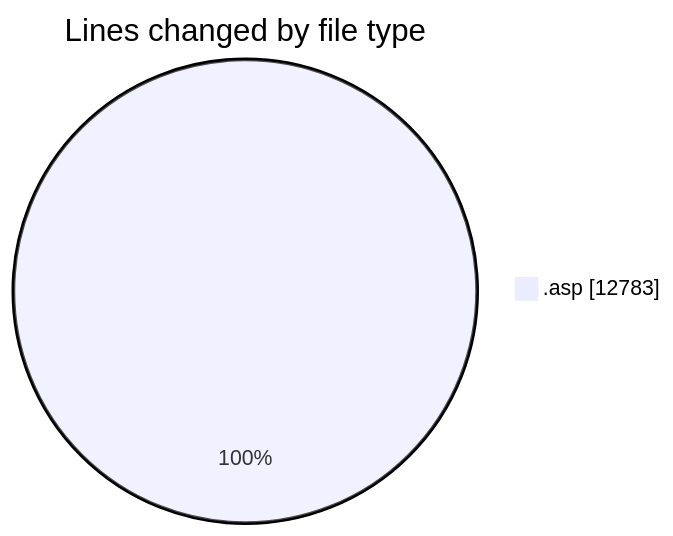
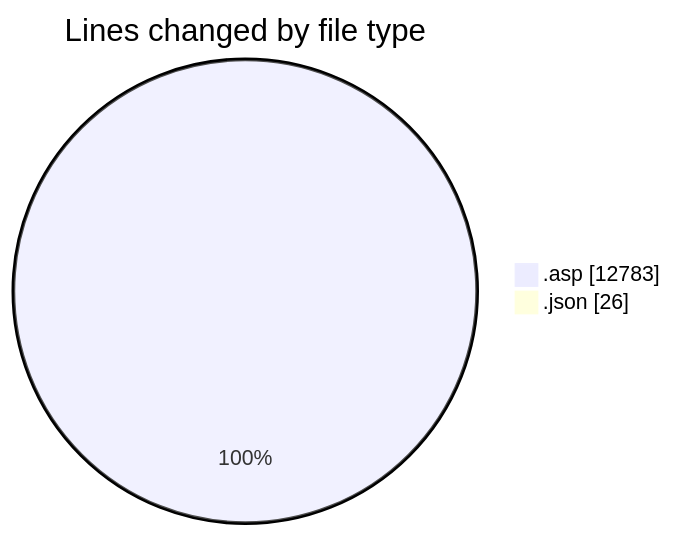
The first of 2 diagrams in 2025-11-27/cdp_aleoudev_fr__workspace_/README.md (julien-gomy/code-tracking), drawn with Mermaid before and after one commit. The commit also changed other lines of this file and 1 other file, not shown here.

````diff
--- a/2025-11-27/cdp_aleoudev_fr__workspace_/README.md
+++ b/2025-11-27/cdp_aleoudev_fr__workspace_/README.md
@@ -28,5 +29,6 @@
 ```mermaid
 pie showData
 title Lines changed by file type
 ".asp" : 12783
+".json" : 26
 ```
````
